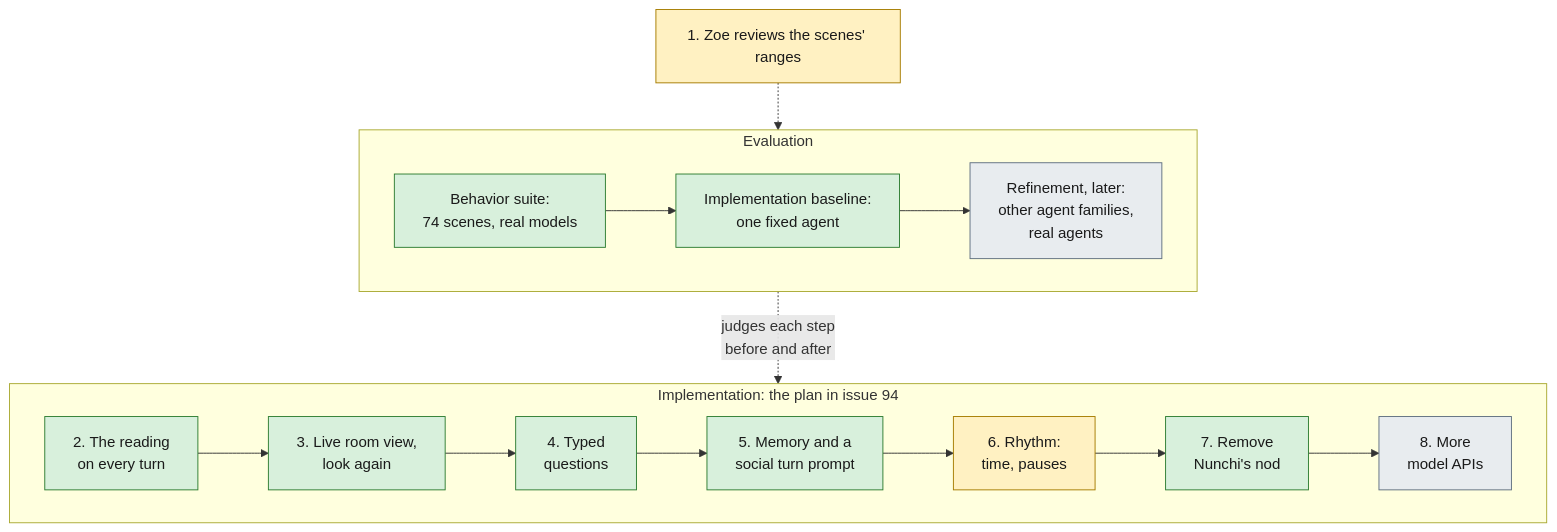
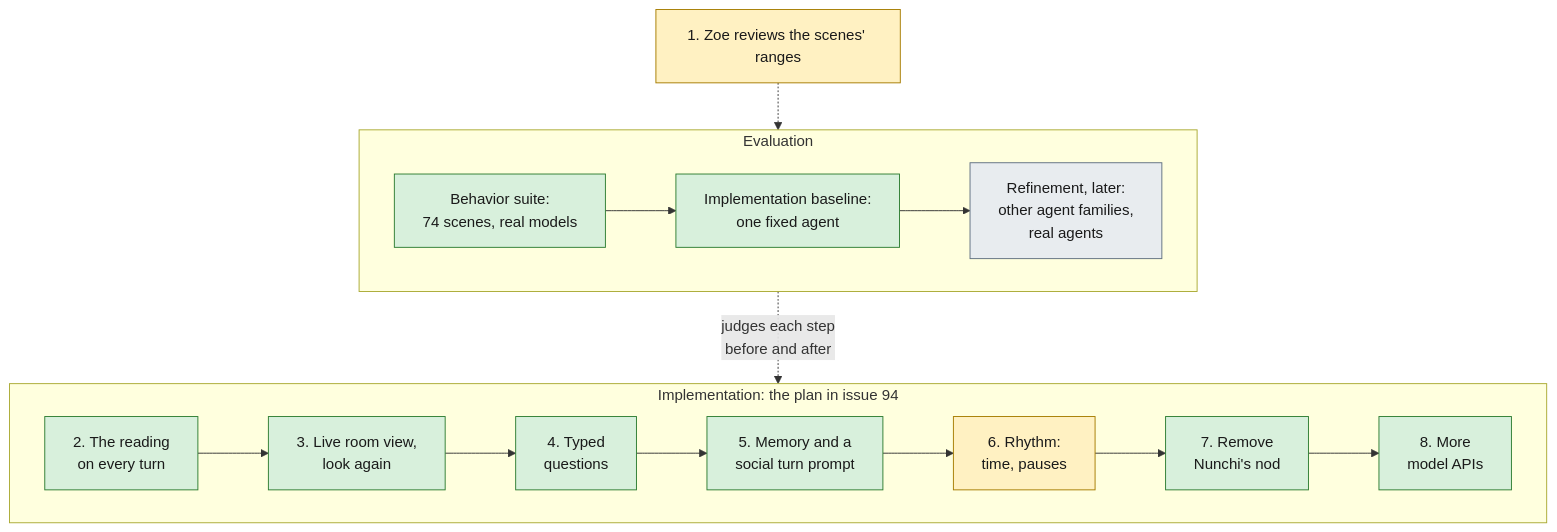
Before and after one commit to mentatzoe/nunchi: the third of 3 diagrams in README.md, drawn with Mermaid. The commit also changed other lines of this file and 6 other files, not shown here.

````diff
--- a/README.md
+++ b/README.md
@@ -85,27 +85,27 @@
 ```mermaid
 flowchart TB
     classDef done fill:#d8f0dc,stroke:#2e7d32,color:#1a1a1a
     classDef next fill:#fff1c2,stroke:#a67c00,color:#1a1a1a
     classDef later fill:#e8ecef,stroke:#607080,color:#1a1a1a
     subgraph build["Implementation: the plan in issue 94"]
         direction LR
         p2["2. The reading<br/>on every turn"]:::done
         p3["3. Live room view,<br/>look again"]:::done
         p4["4. Typed<br/>questions"]:::done
         p5["5. Memory and a<br/>social turn prompt"]:::done
         p6["6. Rhythm:<br/>time, pauses"]:::next
         p7["7. Remove<br/>Nunchi's nod"]:::done
-        p8["8. More<br/>model APIs"]:::later
+        p8["8. More<br/>model APIs"]:::done
         p2 --> p3 --> p4 --> p5 --> p6 --> p7 --> p8
     end
     subgraph measure["Evaluation"]
         direction LR
         e1["Behavior suite:<br/>74 scenes, real models"]:::done
         e2["Implementation baseline:<br/>one fixed agent"]:::done
         e3["Refinement, later:<br/>other agent families,<br/>real agents"]:::later
         e1 --> e2 --> e3
     end
     p1["1. Zoe reviews the scenes' ranges"]:::next
     p1 -.-> measure
     measure -. "judges each step<br/>before and after" .-> build
 ```
````
